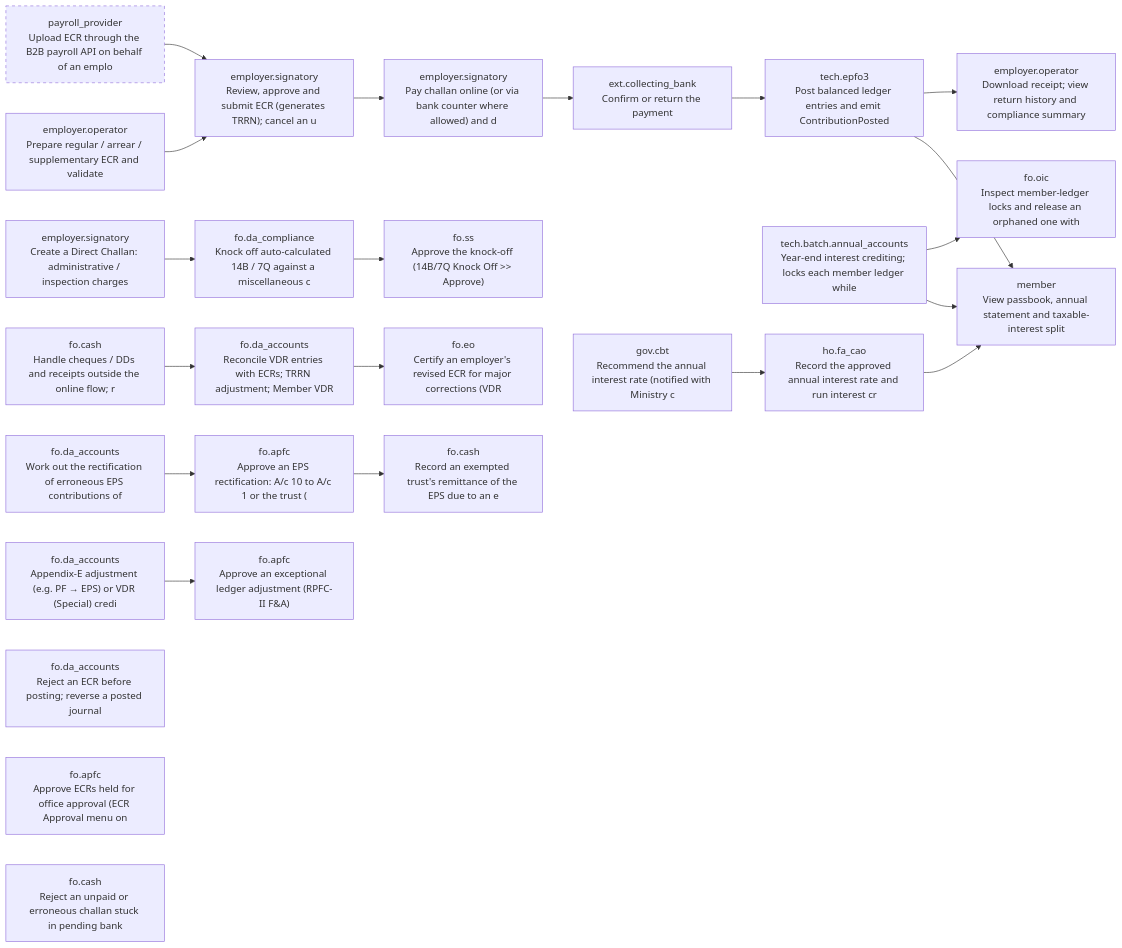
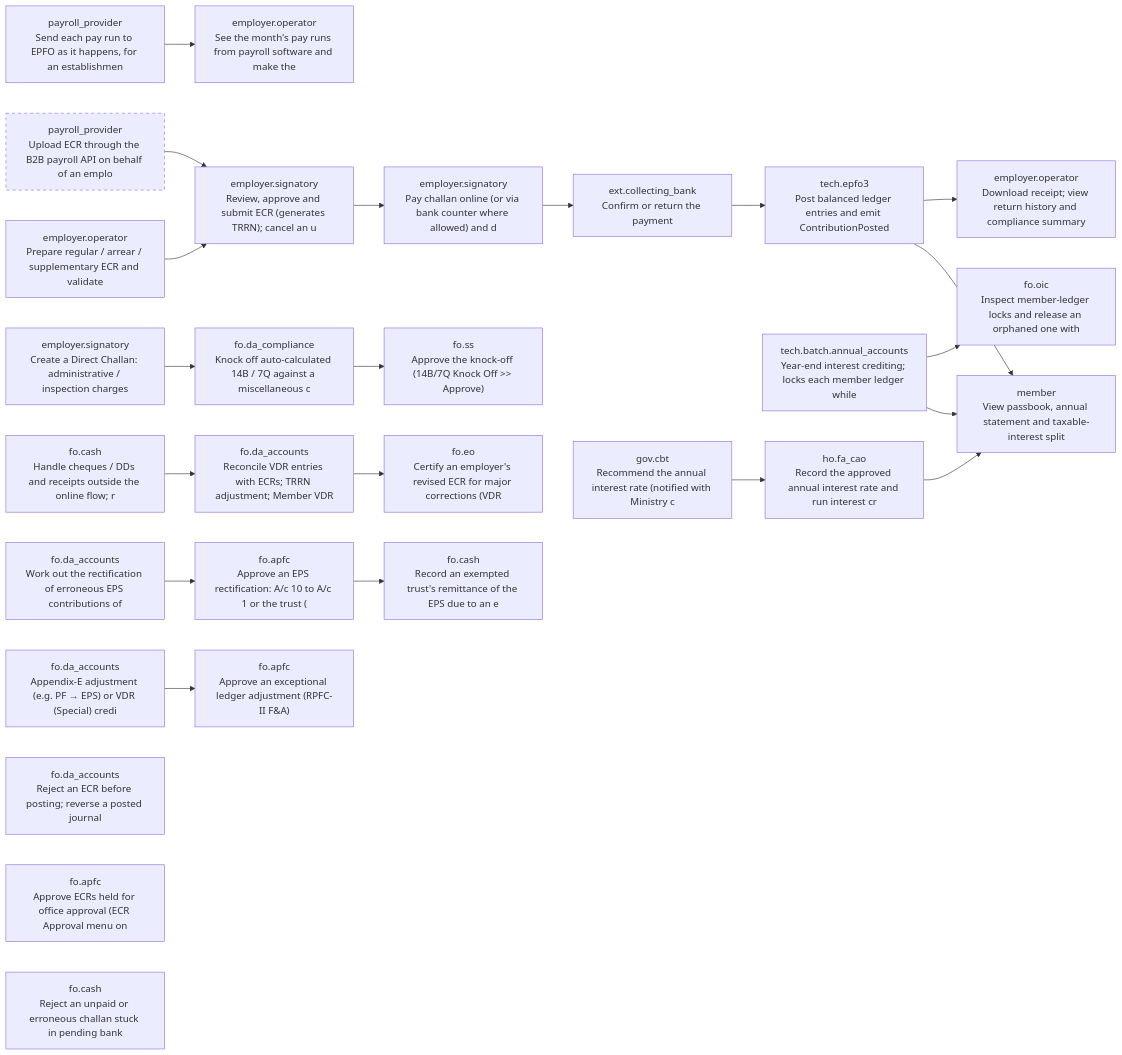
One commit to gauravmeena0708/pf-life changed the third of 14 diagrams in docs/stakeholder-api-sets.md. Above: the diagram before and after it, drawn with Mermaid. The commit also changed other lines of this file and 17 other files, not shown here.

Commit message:
P2.22 plumbing: pay runs and payroll providers in the catalogue, activities and event contracts; the provider revocation flagged for the gateway; the b2b-sandbox machine login given a fixed id

````diff
--- a/docs/stakeholder-api-sets.md
+++ b/docs/stakeholder-api-sets.md
@@ -1645,48 +1656,51 @@
 ```mermaid
 flowchart LR
   F03_ecr_prepare["employer.operator<br/>Prepare regular / arrear / supplementary ECR and validate"]
+  F03_pay_runs["payroll_provider<br/>Send each pay run to EPFO as it happens, for an establishmen"]
+  F03_pay_runs_ecr["employer.operator<br/>See the month's pay runs from payroll software and make the "]
   F03_b2b_upload["payroll_provider<br/>Upload ECR through the B2B payroll API on behalf of an emplo"]
   style F03_b2b_upload stroke-dasharray: 5 5
   F03_ecr_approve["employer.signatory<br/>Review, approve and submit ECR (generates TRRN); cancel an u"]
   F03_pay["employer.signatory<br/>Pay challan online (or via bank counter where allowed) and d"]
   F03_bank_confirm["ext.collecting_bank<br/>Confirm or return the payment"]
   F03_post["tech.epfo3<br/>Post balanced ledger entries and emit ContributionPosted"]
   F03_receipt["employer.operator<br/>Download receipt; view return history and compliance summary"]
   F03_passbook["member<br/>View passbook, annual statement and taxable-interest split"]
   F03_direct_challan["employer.signatory<br/>Create a Direct Challan: administrative / inspection charges"]
   F03_knock_off["fo.da_compliance<br/>Knock off auto-calculated 14B / 7Q against a miscellaneous c"]
   F03_knock_off_approve["fo.ss<br/>Approve the knock-off (14B/7Q Knock Off >> Approve)"]
   F03_receipts["fo.cash<br/>Handle cheques / DDs and receipts outside the online flow; r"]
   F03_vdr_reconcile["fo.da_accounts<br/>Reconcile VDR entries with ECRs; TRRN adjustment; Member VDR"]
   F03_eo_certify["fo.eo<br/>Certify an employer's revised ECR for major corrections (VDR"]
   F03_ledger_exception["fo.da_accounts<br/>Appendix-E adjustment (e.g. PF → EPS) or VDR (Special) credi"]
   F03_eps_rectify["fo.da_accounts<br/>Work out the rectification of erroneous EPS contributions of"]
   F03_eps_rectify_approve["fo.apfc<br/>Approve an EPS rectification: A/c 10 to A/c 1 or the trust ("]
   F03_eps_rectify_trust["fo.cash<br/>Record an exempted trust's remittance of the EPS due to an e"]
   F03_ledger_exception_approve["fo.apfc<br/>Approve an exceptional ledger adjustment (RPFC-II F&A)"]
   F03_ecr_reject["fo.da_accounts<br/>Reject an ECR before posting; reverse a posted journal"]
   F03_ecr_office_approval["fo.apfc<br/>Approve ECRs held for office approval (ECR Approval menu on "]
   F03_payment_reject["fo.cash<br/>Reject an unpaid or erroneous challan stuck in pending bank "]
   F03_annual_batch["tech.batch.annual_accounts<br/>Year-end interest crediting; locks each member ledger while "]
   F03_interest["ho.fa_cao<br/>Record the approved annual interest rate and run interest cr"]
   F03_interest_rate["gov.cbt<br/>Recommend the annual interest rate (notified with Ministry c"]
   F03_ecr_prepare --> F03_ecr_approve
+  F03_pay_runs --> F03_pay_runs_ecr
   F03_b2b_upload --> F03_ecr_approve
   F03_ecr_approve --> F03_pay
   F03_pay --> F03_bank_confirm
   F03_bank_confirm --> F03_post
   F03_post --> F03_passbook
   F03_post --> F03_receipt
   F03_direct_challan --> F03_knock_off
   F03_knock_off --> F03_knock_off_approve
   F03_receipts --> F03_vdr_reconcile
   F03_vdr_reconcile --> F03_eo_certify
   F03_ledger_exception --> F03_ledger_exception_approve
   F03_eps_rectify --> F03_eps_rectify_approve
   F03_eps_rectify_approve --> F03_eps_rectify_trust
   F03_annual_batch --> F03_passbook
   F04_lock_admin["fo.oic<br/>Inspect member-ledger locks and release an orphaned one with"]
   F03_annual_batch --> F04_lock_admin
   F03_interest --> F03_passbook
   F03_interest_rate --> F03_interest
 ```
````
